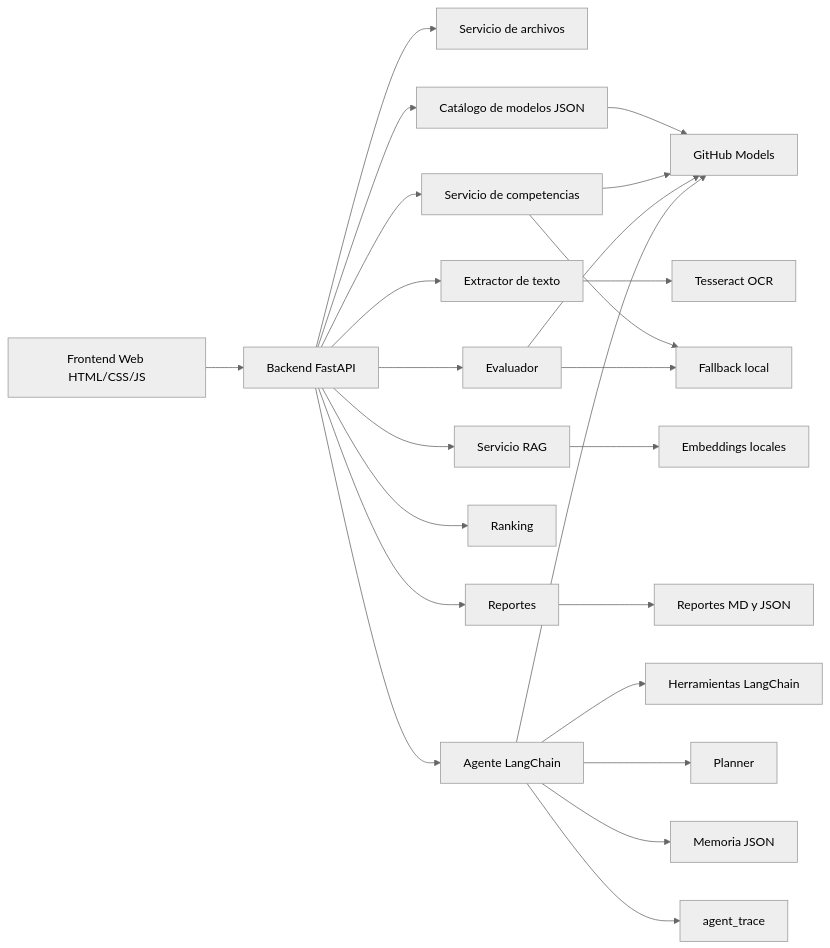
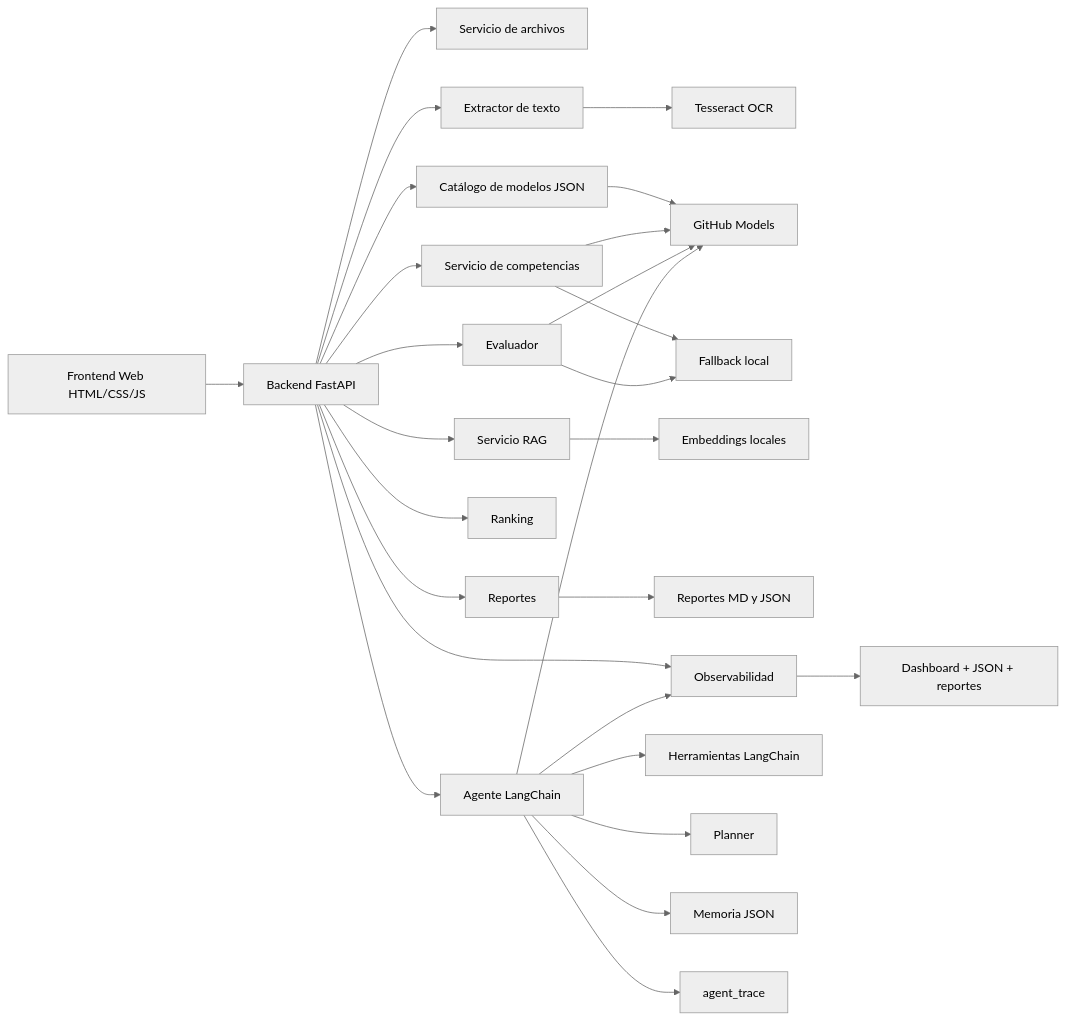
The second of 3 diagrams in readme.md (flecaros84/caso), drawn with Mermaid (neutral theme) before and after one commit. The commit also changed other lines of this file and 4 other files, not shown here.

````diff
--- a/readme.md
+++ b/readme.md
@@ -684,28 +738,31 @@
 ```mermaid
 flowchart LR
     A[Frontend Web HTML/CSS/JS] --> B[Backend FastAPI]
     B --> C[Servicio de archivos]
     B --> O[Catálogo de modelos JSON]
     B --> D[Extractor de texto]
     B --> E[Servicio de competencias]
     B --> F[Servicio RAG]
     B --> G[Evaluador]
     B --> H[Ranking]
     B --> I[Reportes]
     B --> AG[Agente LangChain]
 
     D --> J[Tesseract OCR]
     O --> K[Modelo seleccionado]
     E --> K[GitHub Models]
     G --> K
     AG --> K
     E --> L[Fallback local]
     G --> L
     F --> M[Embeddings locales]
     I --> N[Reportes MD y JSON]
+    B --> Z[Observabilidad]
+    Z --> Z1[Dashboard + JSON + reportes]
 
     AG --> P[Herramientas LangChain]
     AG --> Q[Planner]
     AG --> R[Memoria JSON]
     AG --> S[agent_trace]
+    AG --> Z
 ```
````
